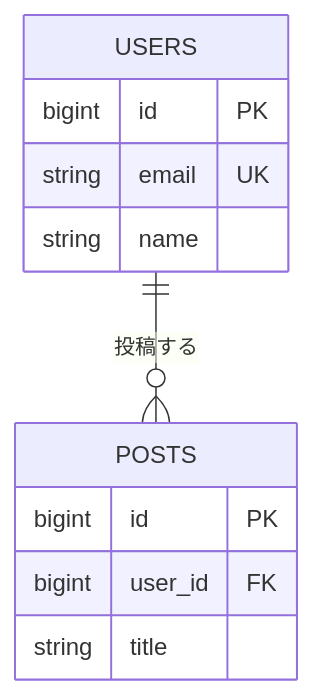
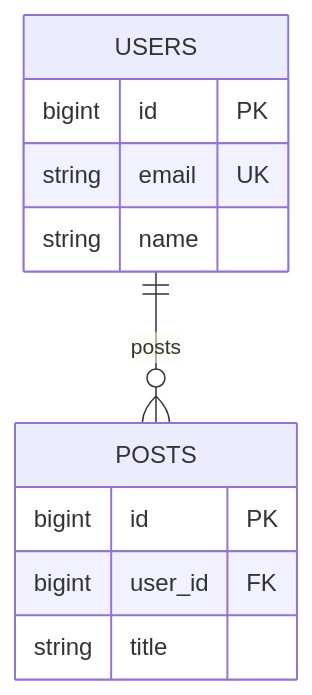
One commit to rabitarochan/specifian changed the second of 2 diagrams in examples/specs/architecture/overview.mdx. Above: the diagram before and after it, drawn with Mermaid. The commit also changed other lines of this file and 18 other files, not shown here.

````diff
--- a/examples/specs/architecture/overview.mdx
+++ b/examples/specs/architecture/overview.mdx
@@ -26,14 +26,14 @@
 ```mermaid
 erDiagram
-    USERS ||--o{ POSTS : "投稿する"
+    USERS ||--o{ POSTS : "posts"
     USERS {
         bigint id PK
         string email UK
         string name
     }
     POSTS {
         bigint id PK
         bigint user_id FK
         string title
     }
 ```
````
